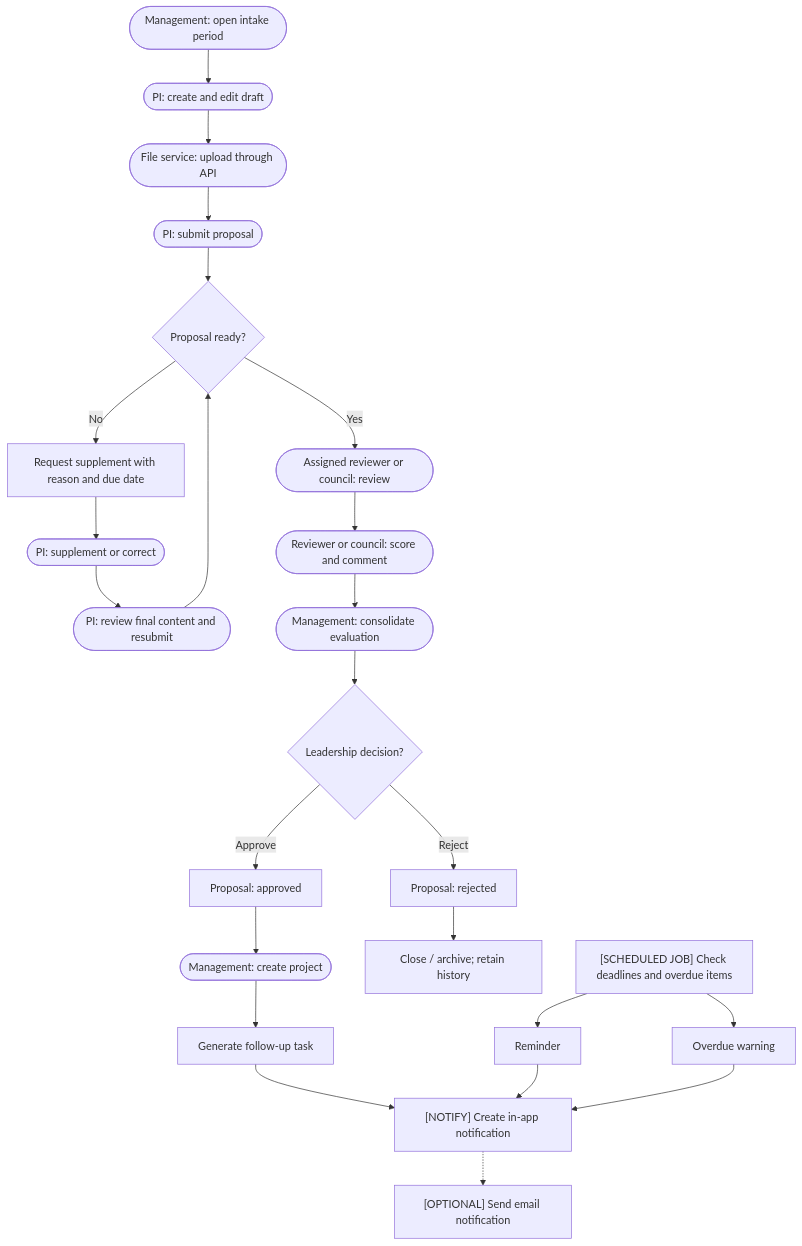
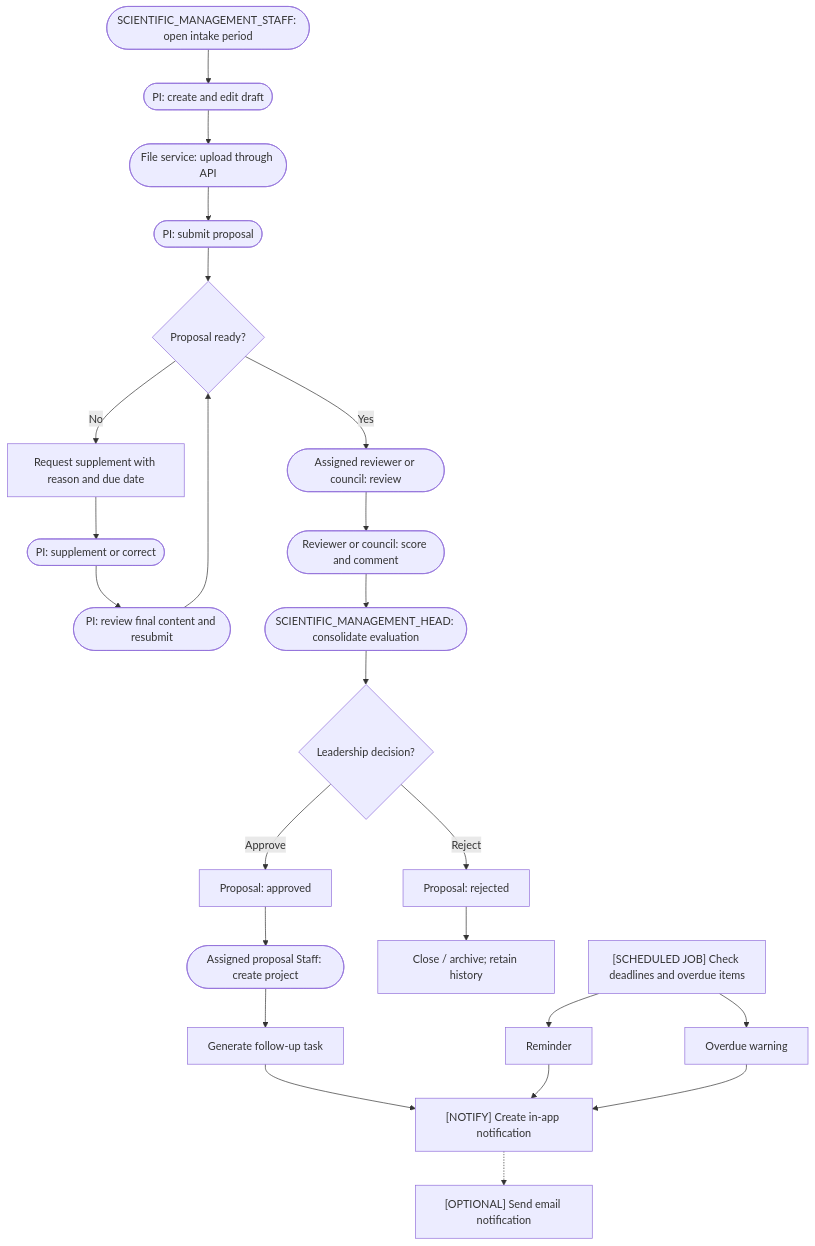
One commit to thanhdotien278/DocManS changed the second of 6 diagrams in docs/diagrams/current-architecture.md. Above: the diagram before and after it, drawn with Mermaid. The commit also changed 38 other files, not shown here.

````diff
--- a/docs/diagrams/current-architecture.md
+++ b/docs/diagrams/current-architecture.md
@@ -65,36 +65,36 @@
 ```mermaid
 flowchart TD
-  intake(["Management: open intake period"])
+  intake(["SCIENTIFIC_MANAGEMENT_STAFF: open intake period"])
   draft(["PI: create and edit draft"])
   upload(["File service: upload through API"])
   submit(["PI: submit proposal"])
   readiness{"Proposal ready?"}
   supplement["Request supplement with reason and due date"]
   correct(["PI: supplement or correct"])
   resubmit(["PI: review final content and resubmit"])
   review(["Assigned reviewer or council: review"])
   score(["Reviewer or council: score and comment"])
-  consolidate(["Management: consolidate evaluation"])
+  consolidate(["SCIENTIFIC_MANAGEMENT_HEAD: consolidate evaluation"])
   decision{"Leadership decision?"}
   approved["Proposal: approved"]
   rejected["Proposal: rejected"]
-  project(["Management: create project"])
+  project(["Assigned proposal Staff: create project"])
   task["Generate follow-up task"]
   archive["Close / archive; retain history"]
 
   scheduled["[SCHEDULED JOB] Check deadlines and overdue items"]
   reminder["Reminder"]
   overdue["Overdue warning"]
   notify["[NOTIFY] Create in-app notification"]
   email["[OPTIONAL] Send email notification"]
 
   intake --> draft --> upload --> submit --> readiness
   readiness -- "No" --> supplement --> correct --> resubmit --> readiness
   readiness -- "Yes" --> review --> score --> consolidate --> decision
   decision -- "Approve" --> approved --> project --> task
   decision -- "Reject" --> rejected --> archive
   task --> notify
   scheduled --> reminder --> notify
   scheduled --> overdue --> notify
   notify -.-> email
 ```
````
